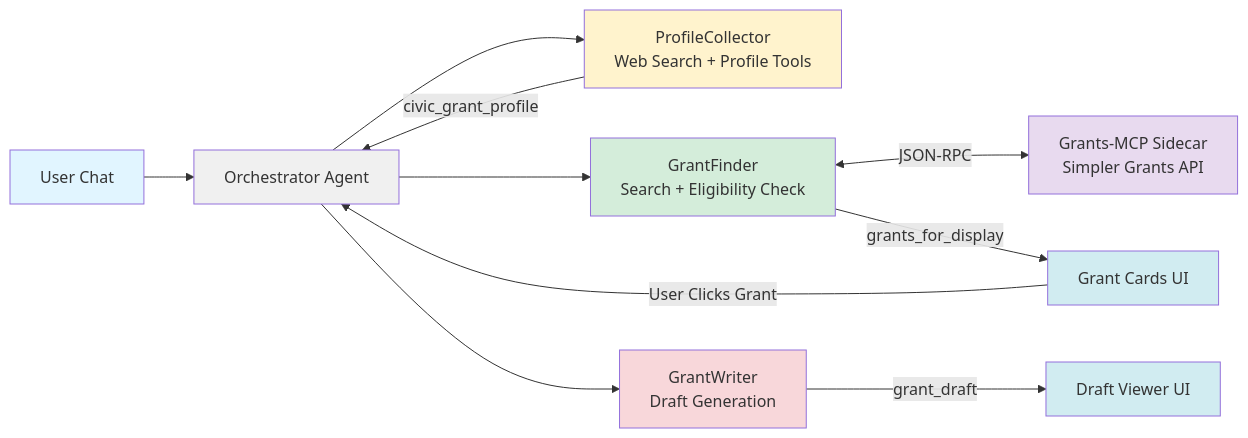
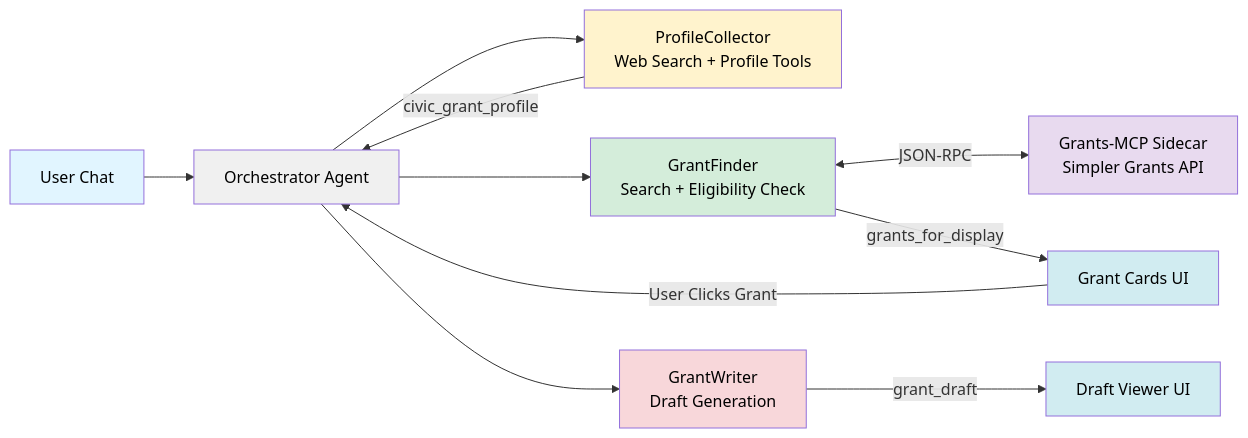
The diagram in SUBMISSION.md (xomanova/civic-grant-agent-core), drawn with Mermaid before and after one commit. The commit also changed 1 other file, not shown here.

Commit message:
Set mermaid text to black

````diff
--- a/SUBMISSION.md
+++ b/SUBMISSION.md
@@ -66,21 +66,21 @@
 ```mermaid
 graph LR
     A[User Chat] --> B[Orchestrator Agent]
     B --> C[ProfileCollector<br/>Web Search + Profile Tools]
     C -->|civic_grant_profile| B
     B --> D[GrantFinder<br/>Search + Eligibility Check]
     D <-->|JSON-RPC| H[Grants-MCP Sidecar<br/>Simpler Grants API]
     D -->|grants_for_display| E[Grant Cards UI]
     E -->|User Clicks Grant| B
     B --> F[GrantWriter<br/>Draft Generation]
     F -->|grant_draft| G[Draft Viewer UI]
     
-    style A fill:#e1f5ff
-    style B fill:#f0f0f0
-    style C fill:#fff3cd
-    style D fill:#d4edda
-    style F fill:#f8d7da
-    style E fill:#d1ecf1
-    style G fill:#d1ecf1
-    style H fill:#e8daef
+    style A fill:#e1f5ff,color:#000
+    style B fill:#f0f0f0,color:#000
+    style C fill:#fff3cd,color:#000
+    style D fill:#d4edda,color:#000
+    style F fill:#f8d7da,color:#000
+    style E fill:#d1ecf1,color:#000
+    style G fill:#d1ecf1,color:#000
+    style H fill:#e8daef,color:#000
 ```
````
